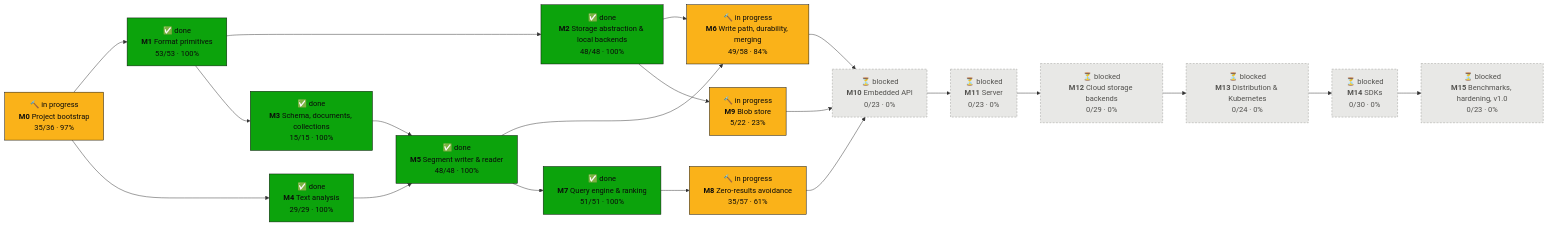
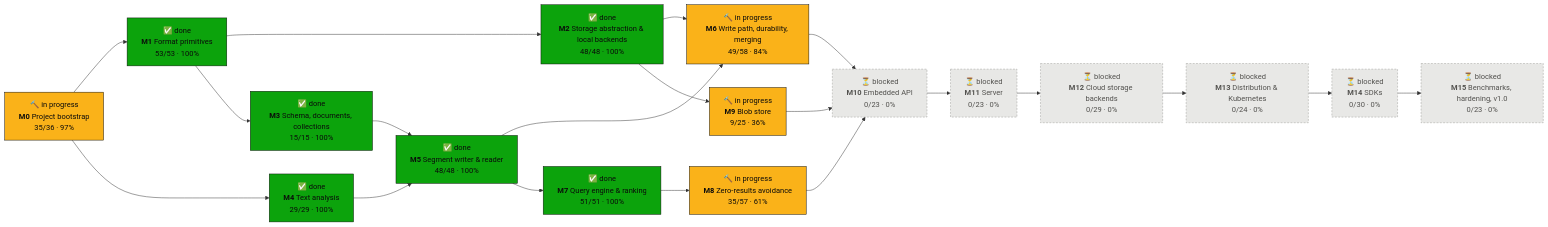
The first of 2 diagrams in PROGRESS.md (tomiok/persiaDB), drawn with Mermaid before and after one commit. The commit also changed other lines of this file and 42 other files, not shown here.

First line of the commit message:
Remote blob layout and ObjectMeta.last_modified (ROADMAP 9.3, 9.5.5) (#104)

````diff
--- a/PROGRESS.md
+++ b/PROGRESS.md
@@ -16,42 +16,42 @@
 ```mermaid
 flowchart LR
   M0["🔨 in progress<br/><b>M0</b> Project bootstrap<br/>35/36 · 97%"]:::doing
   M1["✅ done<br/><b>M1</b> Format primitives<br/>53/53 · 100%"]:::done
   M2["✅ done<br/><b>M2</b> Storage abstraction & local backends<br/>48/48 · 100%"]:::done
   M3["✅ done<br/><b>M3</b> Schema, documents, collections<br/>15/15 · 100%"]:::done
   M4["✅ done<br/><b>M4</b> Text analysis<br/>29/29 · 100%"]:::done
   M5["✅ done<br/><b>M5</b> Segment writer & reader<br/>48/48 · 100%"]:::done
   M6["🔨 in progress<br/><b>M6</b> Write path, durability, merging<br/>49/58 · 84%"]:::doing
   M7["✅ done<br/><b>M7</b> Query engine & ranking<br/>51/51 · 100%"]:::done
   M8["🔨 in progress<br/><b>M8</b> Zero-results avoidance<br/>35/57 · 61%"]:::doing
-  M9["🔨 in progress<br/><b>M9</b> Blob store<br/>5/22 · 23%"]:::doing
+  M9["🔨 in progress<br/><b>M9</b> Blob store<br/>9/25 · 36%"]:::doing
   M10["⏳ blocked<br/><b>M10</b> Embedded API<br/>0/23 · 0%"]:::blocked
   M11["⏳ blocked<br/><b>M11</b> Server<br/>0/23 · 0%"]:::blocked
   M12["⏳ blocked<br/><b>M12</b> Cloud storage backends<br/>0/29 · 0%"]:::blocked
   M13["⏳ blocked<br/><b>M13</b> Distribution & Kubernetes<br/>0/24 · 0%"]:::blocked
   M14["⏳ blocked<br/><b>M14</b> SDKs<br/>0/30 · 0%"]:::blocked
   M15["⏳ blocked<br/><b>M15</b> Benchmarks, hardening, v1.0<br/>0/23 · 0%"]:::blocked
   M0 --> M1
   M1 --> M2
   M1 --> M3
   M0 --> M4
   M3 --> M5
   M4 --> M5
   M2 --> M6
   M5 --> M6
   M5 --> M7
   M7 --> M8
   M2 --> M9
   M6 --> M10
   M8 --> M10
   M9 --> M10
   M10 --> M11
   M11 --> M12
   M12 --> M13
   M13 --> M14
   M14 --> M15
   classDef done fill:#0ca30c,stroke:#0b0b0b,color:#0b0b0b
   classDef doing fill:#fab219,stroke:#0b0b0b,color:#0b0b0b
   classDef ready fill:#fcfcfb,stroke:#0b0b0b,stroke-width:2px,color:#0b0b0b
   classDef blocked fill:#e8e8e6,stroke:#9a9a96,stroke-dasharray:4 3,color:#52514e
 ```
````
